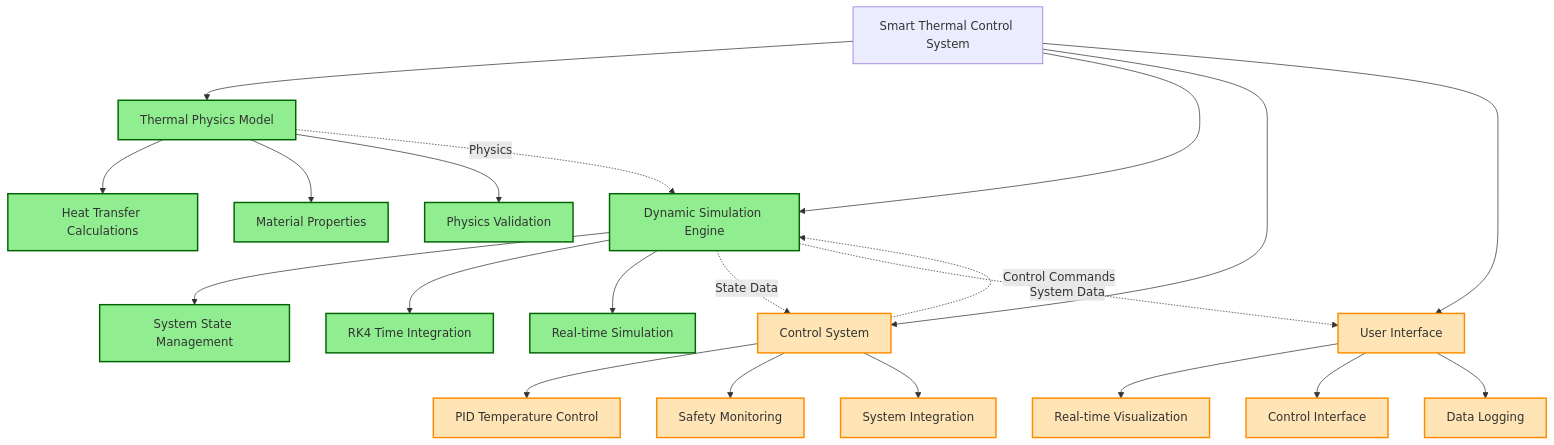
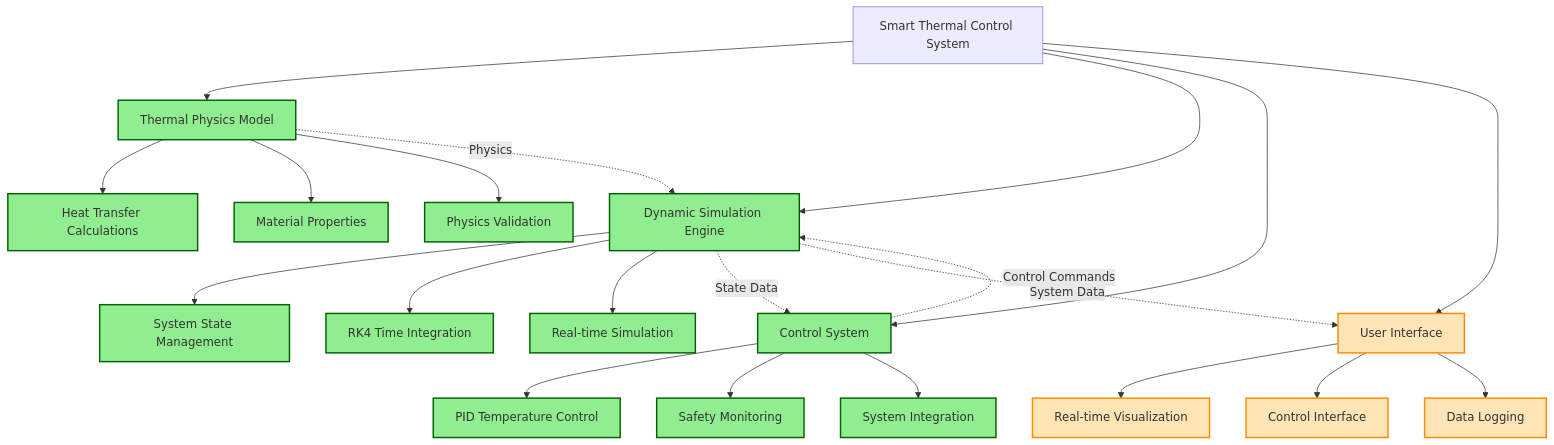
One commit to zkalam/smart-thermal-control changed the diagram in README.md. Above: the diagram before and after it, drawn with Mermaid. The commit also changed other lines of this file and 1 other file, not shown here.

````diff
--- a/README.md
+++ b/README.md
@@ -46,36 +48,36 @@
 ```mermaid
 graph TD;
     A[Smart Thermal Control System] --> B[Thermal Physics Model];
     A --> C[Dynamic Simulation Engine];
     A --> D[Control System];
     A --> E[User Interface];
     
     B --> B1[Heat Transfer Calculations];
     B --> B2[Material Properties];
     B --> B3[Physics Validation];
     
     C --> C1[System State Management];
     C --> C2[RK4 Time Integration];
     C --> C3[Real-time Simulation];
     
     D --> D1[PID Temperature Control];
     D --> D2[Safety Monitoring];
     D --> D3[System Integration];
     
     E --> E1[Real-time Visualization];
     E --> E2[Control Interface];
     E --> E3[Data Logging];
     
     %% Data flow
     B -.->|Physics| C;
     C -.->|State Data| D;
     D -.->|Control Commands| C;
     C -.->|System Data| E;
     
     %% Styling
     classDef implemented fill:#90EE90,stroke:#006400,stroke-width:2px;
     classDef development fill:#FFE4B5,stroke:#FF8C00,stroke-width:2px;
     
-    class B,B1,B2,B3,C,C1,C2,C3 implemented;
-    class D,D1,D2,D3,E,E1,E2,E3 development;
+    class B,B1,B2,B3,C,C1,C2,C3,D,D1,D2,D3 implemented;
+    class E,E1,E2,E3 development;
 ```
````
